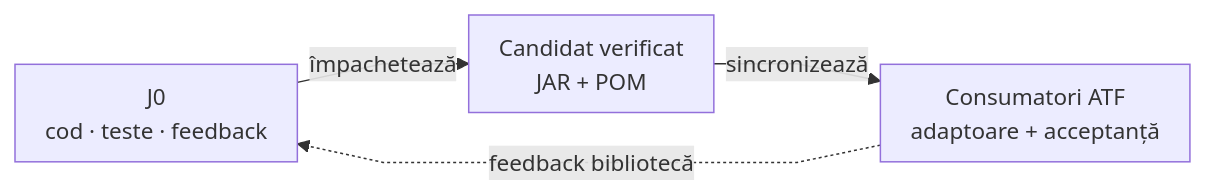
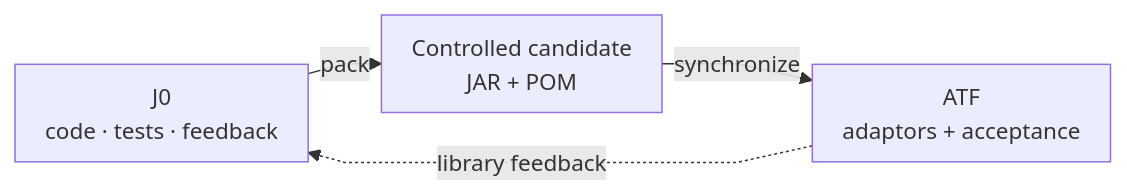
The diagram in lib/README.md (crististefanita/atf_j0), drawn with Mermaid before and after one commit. The commit also changed other lines of this file and 113 other files, not shown here.

````diff
--- a/lib/README.md
+++ b/lib/README.md
@@ -31,7 +41,7 @@
 ```mermaid
 %%{init: {"themeVariables":{"fontSize":"15px"},"themeCSS":".nodeLabel, .nodeLabel p { font-size: 15px !important; line-height: 1.35 !important; } .edgeLabel, .edgeLabel p { font-size: 12px !important; font-weight: 400 !important; line-height: 1.2 !important; } .edgeLabel .labelBkg, .edgeLabel p { background: transparent !important; } .edgeLabel foreignObject { transform: translateY(-18px); overflow: visible; } .node rect { rx: 6px; ry: 6px; }","flowchart":{"curve":"linear","nodeSpacing":24,"rankSpacing":16,"padding":10,"diagramPadding":16}}}%%
 flowchart LR
-    Owner["J0<br/>cod · teste · feedback"] -->|împachetează| Pair["Candidat verificat<br/>JAR + POM"]
-    Pair -->|sincronizează| Consumer["Consumatori ATF<br/>adaptoare + acceptanță"]
-    Consumer -.->|feedback bibliotecă| Owner
+    Owner["J0 <br/>code · tests · feedback"] -->|pack| Pair["Controlled candidate <br/> JAR + POM"]
+    Pair -->|synchronize| Consumer["ATF <br/>adaptors + acceptance"]
+    Consumer -.->|library feedback| Owner
 ```
````
